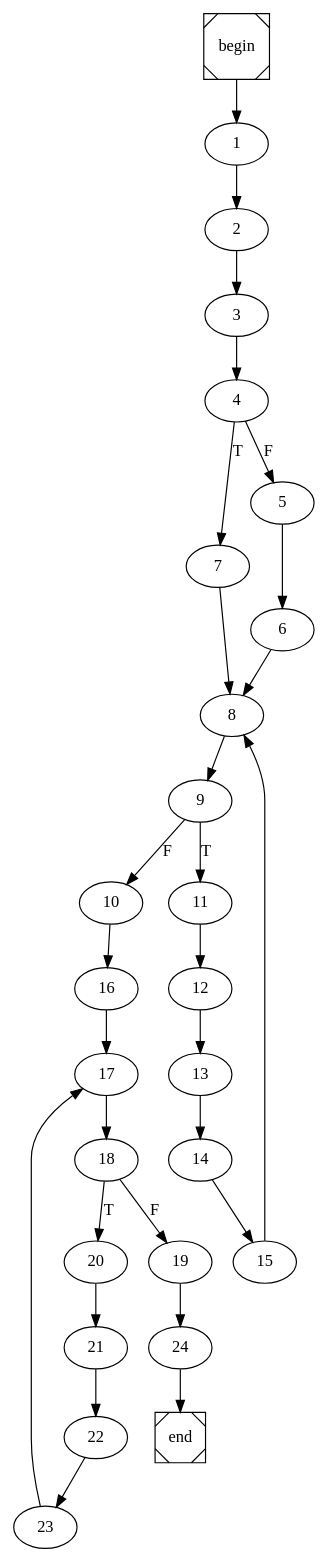
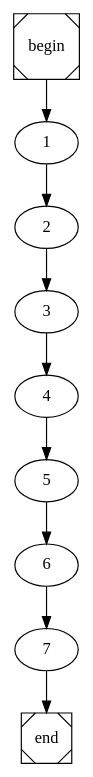
Before and after one commit to ivSaav/COMP: the diagram in main.dot, drawn with Graphviz. The commit also changed 6 other files, not shown here.

```diff
--- a/main.dot
+++ b/main.dot
@@ -1,4 +1,4 @@
 digraph cfg {
 	begin [shape=Msquare];
 	end [shape=Msquare];
-	begin -> 1;	1 -> 2;	2 -> 3;	3 -> 4;	4 -> 7[label=T];	4 -> 5[label=F];	5 -> 6;	6 -> 8;	7 -> 8;	8 -> 9;	9 -> 11[label=T];	9 -> 10[label=F];	10 -> 16;	11 -> 12;	12 -> 13;	13 -> 14;	14 -> 15;	15 -> 8;	16 -> 17;	17 -> 18;	18 -> 20[label=T];	18 -> 19[label=F];	19 -> 24;	20 -> 21;	21 -> 22;	22 -> 23;	23 -> 17;	24 -> end;}
+	begin -> 1;	1 -> 2;	2 -> 3;	3 -> 4;	4 -> 5;	5 -> 6;	6 -> 7;	7 -> end;}
```
